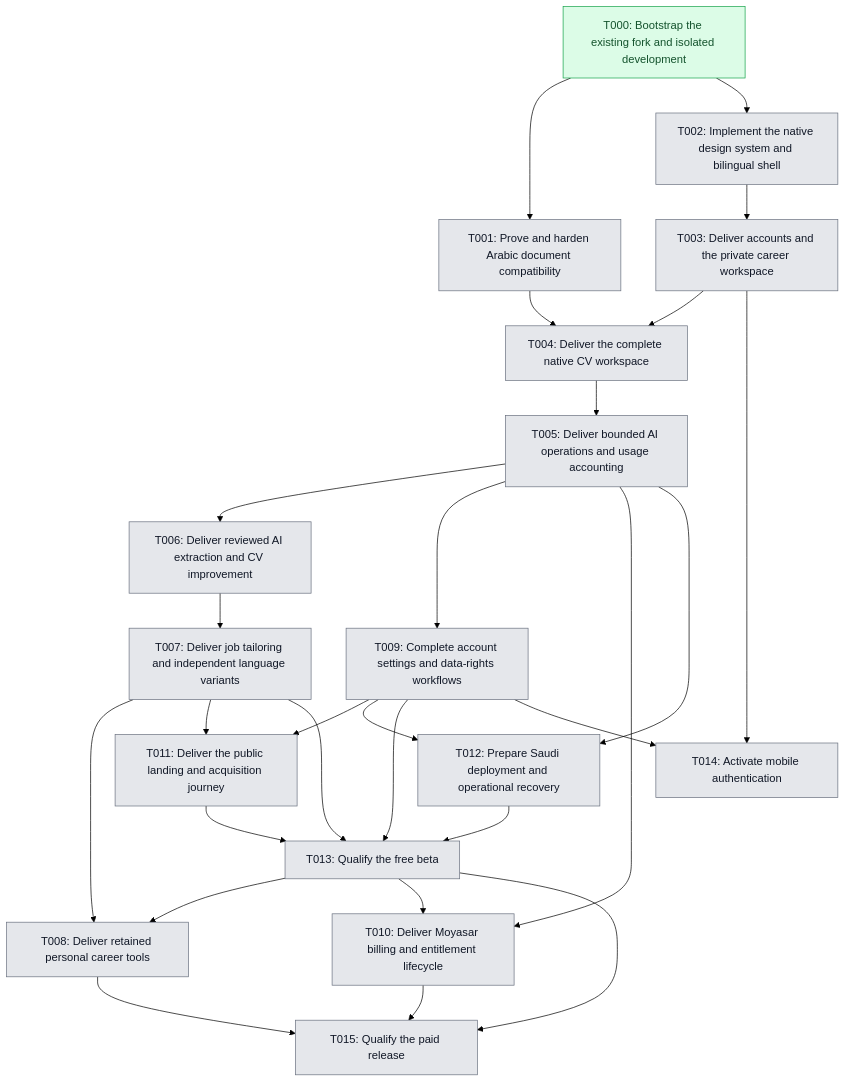
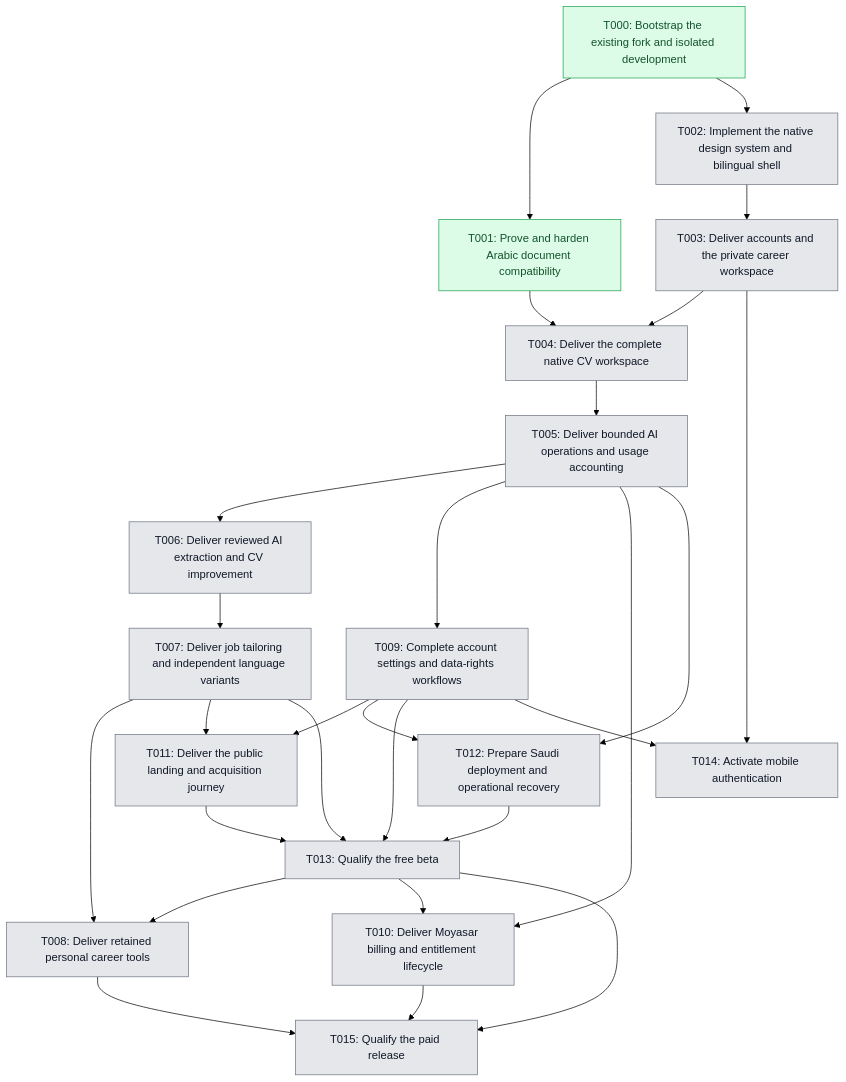
One commit to 0-sayed/master-cv changed the diagram in Planning/roadmap/dependencies.mmd. Above: the diagram before and after it, drawn with Mermaid (forest theme). The commit also changed 1 other file, not shown here.

Commit message:
docs(roadmap): mark merged T001 complete
Claude-Session: https://claude.ai/code/session_01SL1airmv8bya1LvJWScv8u

```diff
--- a/Planning/roadmap/dependencies.mmd
+++ b/Planning/roadmap/dependencies.mmd
@@ -1,49 +1,49 @@
 flowchart TD
     T000["T000: Bootstrap the existing fork and isolated development"]
     T001["T001: Prove and harden Arabic document compatibility"]
     T002["T002: Implement the native design system and bilingual shell"]
     T003["T003: Deliver accounts and the private career workspace"]
     T004["T004: Deliver the complete native CV workspace"]
     T005["T005: Deliver bounded AI operations and usage accounting"]
     T006["T006: Deliver reviewed AI extraction and CV improvement"]
     T007["T007: Deliver job tailoring and independent language variants"]
     T008["T008: Deliver retained personal career tools"]
     T009["T009: Complete account settings and data-rights workflows"]
     T010["T010: Deliver Moyasar billing and entitlement lifecycle"]
     T011["T011: Deliver the public landing and acquisition journey"]
     T012["T012: Prepare Saudi deployment and operational recovery"]
     T013["T013: Qualify the free beta"]
     T014["T014: Activate mobile authentication"]
     T015["T015: Qualify the paid release"]
 
     T000 --> T001
     T000 --> T002
     T002 --> T003
     T001 --> T004
     T003 --> T004
     T004 --> T005
     T005 --> T006
     T006 --> T007
     T007 --> T008
     T013 --> T008
     T005 --> T009
     T005 --> T010
     T013 --> T010
     T007 --> T011
     T009 --> T011
     T005 --> T012
     T009 --> T012
     T007 --> T013
     T009 --> T013
     T011 --> T013
     T012 --> T013
     T003 --> T014
     T009 --> T014
     T008 --> T015
     T010 --> T015
     T013 --> T015
 
     classDef pending fill:#e5e7eb,stroke:#6b7280,color:#111827;
     classDef done fill:#dcfce7,stroke:#16a34a,color:#14532d;
-    class T000 done;
-    class T001,T002,T003,T004,T005,T006,T007,T008,T009,T010,T011,T012,T013,T014,T015 pending;
+    class T000,T001 done;
+    class T002,T003,T004,T005,T006,T007,T008,T009,T010,T011,T012,T013,T014,T015 pending;
```
